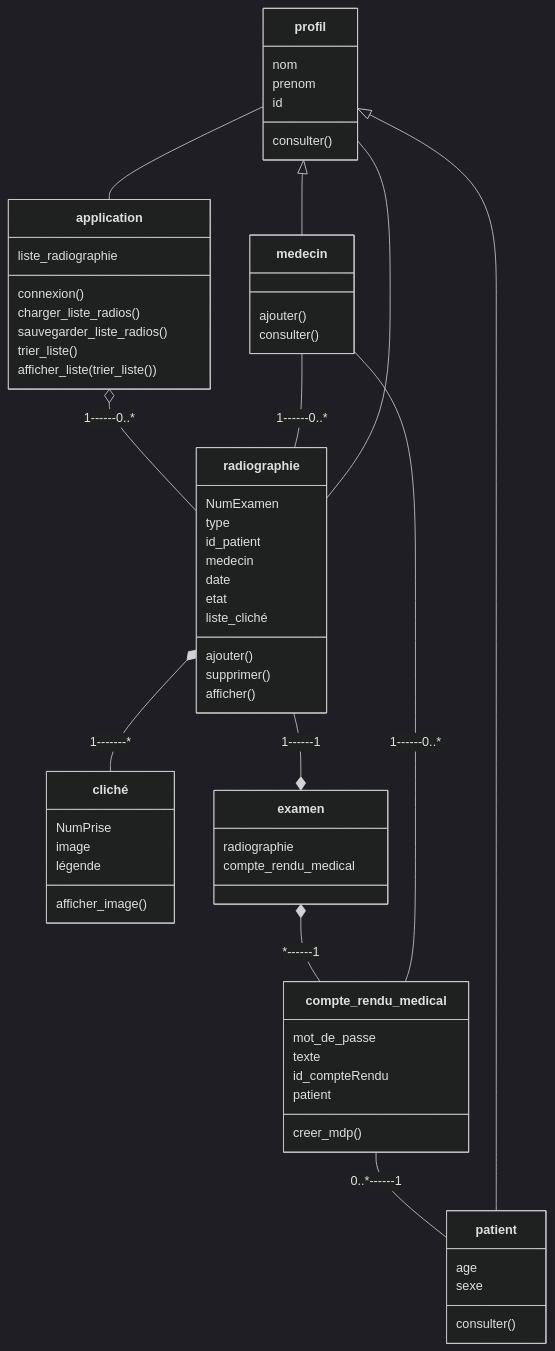
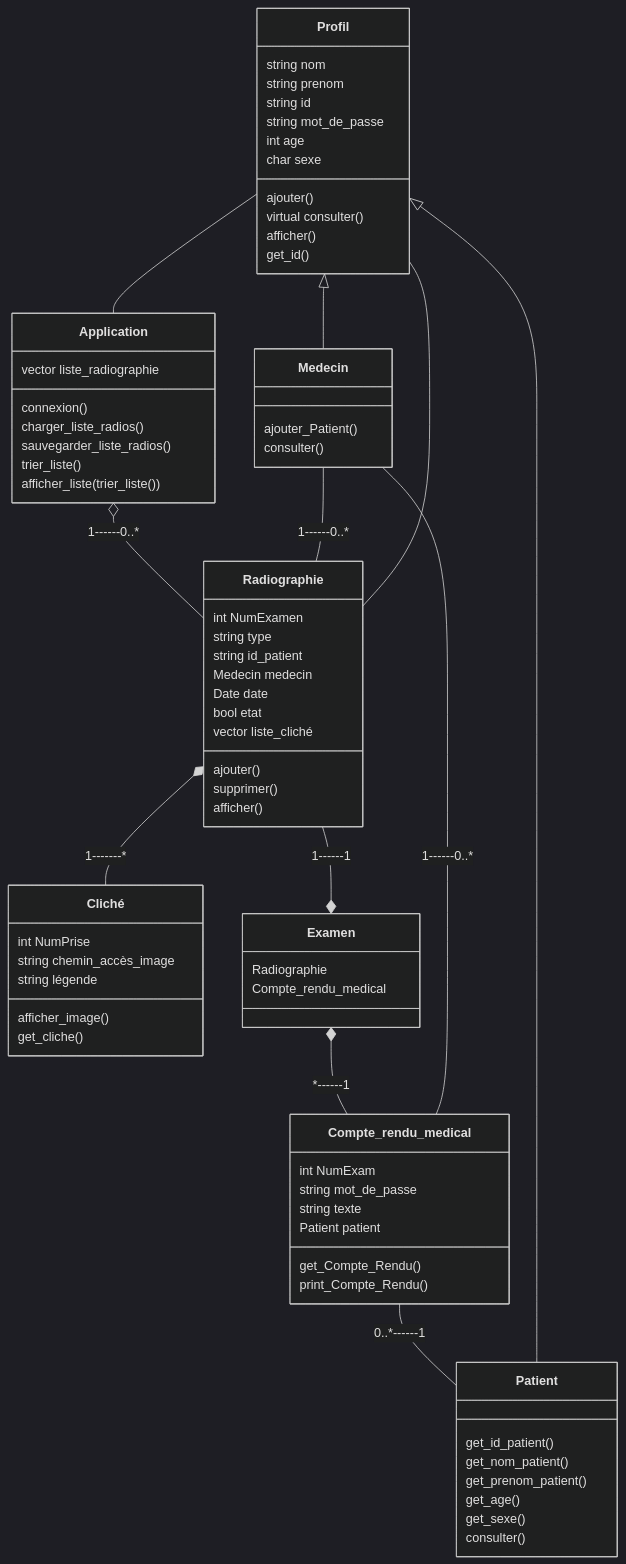
The diagram in README.md (Annewynn/POO_project), drawn with Mermaid (dark theme) before and after one commit. The commit also changed other lines of this file, not shown here.

````diff
--- a/README.md
+++ b/README.md
@@ -55,59 +38,69 @@
 ```mermaid
 classDiagram
-radiographie *-- cliché : 1-------*
-radiographie --* examen : 1------1
-application o-- radiographie : 1------0..*
-compte_rendu_medical -- patient : 0..*------1
-examen *-- compte_rendu_medical : *------1
-medecin -- compte_rendu_medical : 1------0..*
-medecin -- radiographie : 1------0..*
-profil -- radiographie
-profil <|-- patient
-profil <|-- medecin
-profil -- application
+Radiographie *-- Cliché : 1-------*
+Radiographie --* Examen : 1------1
+Application o-- Radiographie : 1------0..*
+Compte_rendu_medical -- Patient : 0..*------1
+Examen *-- Compte_rendu_medical : *------1
+Medecin -- Compte_rendu_medical : 1------0..*
+Medecin -- Radiographie : 1------0..*
+Profil -- Radiographie
+Profil <|-- Patient
+Profil <|-- Medecin
+Profil -- Application
 
-radiographie: NumExamen
-radiographie: type
-radiographie: id_patient
-radiographie: medecin
-radiographie: date
-radiographie: etat
-radiographie: liste_cliché
-radiographie: ajouter()
-radiographie: supprimer()
-radiographie: afficher()
+Radiographie: int NumExamen
+Radiographie: string type
+Radiographie: string id_patient
+Radiographie: Medecin medecin
+Radiographie: Date date
+Radiographie: bool etat
+Radiographie: vector<Cliché> liste_cliché
+Radiographie: ajouter()
+Radiographie: supprimer()
+Radiographie: afficher()
 
-cliché: NumPrise
-cliché: image
-cliché: légende
-cliché: afficher_image()
+Cliché: int NumPrise
+Cliché: string chemin_accès_image
+Cliché: string légende
+Cliché: afficher_image()
+Cliché: get_cliche()
 
-compte_rendu_medical: mot_de_passe
-compte_rendu_medical: texte
-compte_rendu_medical: id_compteRendu
-compte_rendu_medical: patient
-compte_rendu_medical: creer_mdp()
+Compte_rendu_medical: int NumExam
+Compte_rendu_medical: string mot_de_passe
+Compte_rendu_medical: string texte
+Compte_rendu_medical: Patient patient
+Compte_rendu_medical: get_Compte_Rendu()
+Compte_rendu_medical: print_Compte_Rendu()
 
-application: liste_radiographie
-application: connexion()
-application: charger_liste_radios()
-application: sauvegarder_liste_radios()
-application: trier_liste()
-application: afficher_liste(trier_liste())
+Application: vector<Radiographie> liste_radiographie
+Application: connexion()
+Application: charger_liste_radios()
+Application: sauvegarder_liste_radios()
+Application: trier_liste()
+Application: afficher_liste(trier_liste())
 
-examen: radiographie
-examen: compte_rendu_medical
+Examen: Radiographie
+Examen: Compte_rendu_medical
 
-profil: nom
-profil: prenom
-profil: id
+Profil: string nom
+Profil: string prenom
+Profil: string id
+Profil: string mot_de_passe
+Profil: int age
+Profil: char sexe
+Profil: ajouter()
+Profil: virtual consulter()
+Profil: afficher()
+Profil: get_id()
 
-profil: consulter()
+Patient: get_id_patient()
+Patient: get_nom_patient()
+Patient: get_prenom_patient()
+Patient: get_age()
+Patient: get_sexe()
+Patient: consulter()
 
-patient: age
-patient: sexe
-patient: consulter()
-
-medecin: ajouter()
-medecin: consulter()
+Medecin: ajouter_Patient()
+Medecin: consulter()
 ```
````
